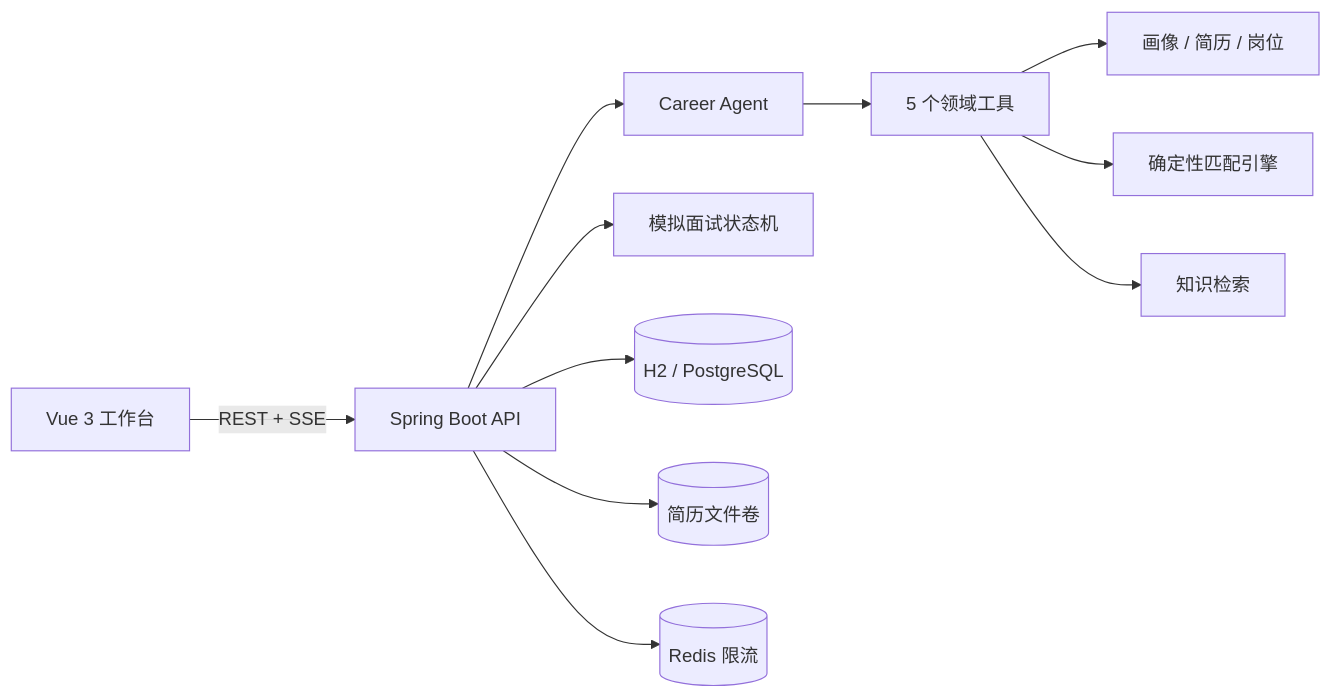
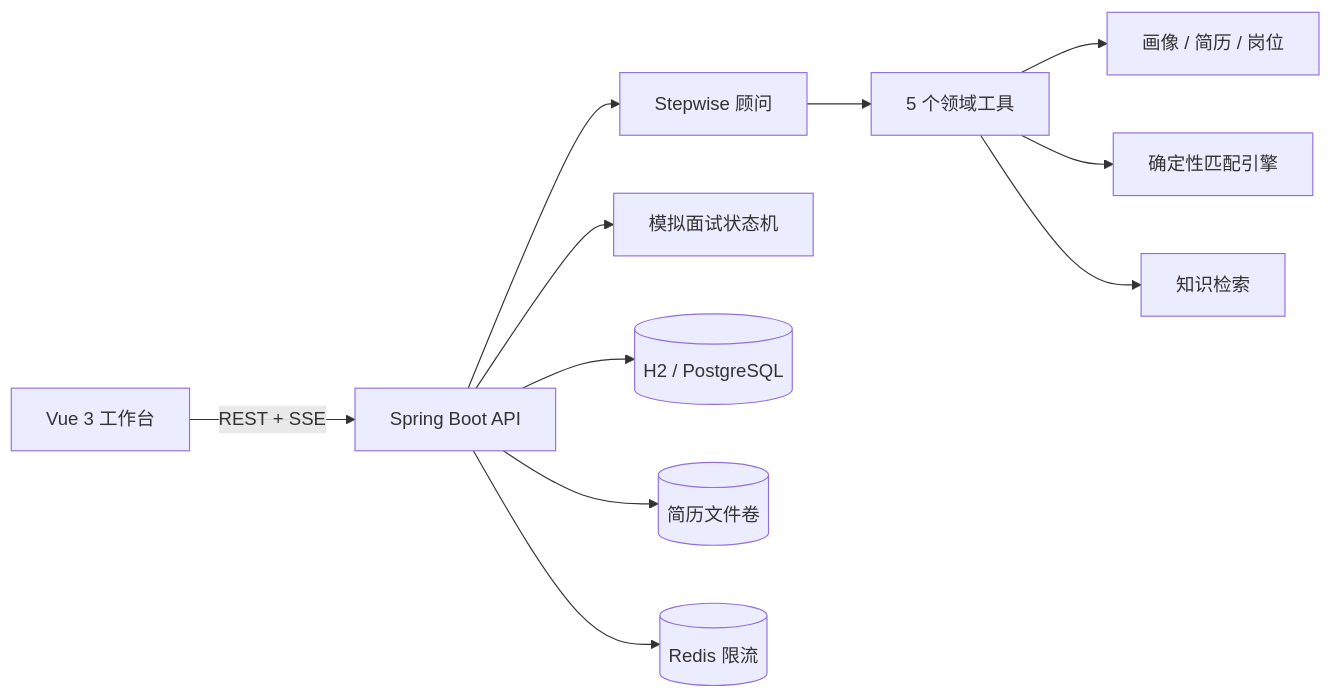
The first of 2 diagrams in docs/architecture.md (makabaka-commits/CareerAgent), drawn with Mermaid before and after one commit. The commit also changed other lines of this file and 12 other files, not shown here.

````diff
--- a/docs/architecture.md
+++ b/docs/architecture.md
@@ -5,13 +5,13 @@
 ```mermaid
 flowchart LR
   U[Vue 3 工作台] -->|REST + SSE| B[Spring Boot API]
-  B --> A[Career Agent]
+  B --> A[Stepwise 顾问]
   A --> T[5 个领域工具]
   T --> P[画像 / 简历 / 岗位]
   T --> S[确定性匹配引擎]
   T --> R[知识检索]
   B --> I[模拟面试状态机]
   B --> DB[(H2 / PostgreSQL)]
   B --> FS[(简历文件卷)]
   B --> C[(Redis 限流)]
 ```
````
